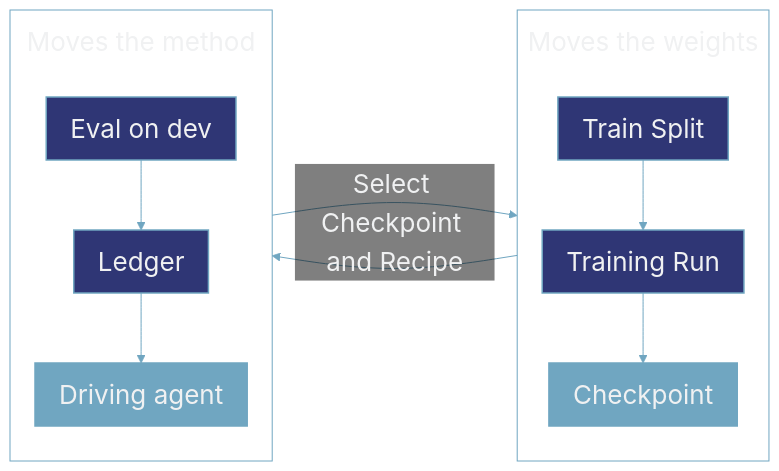
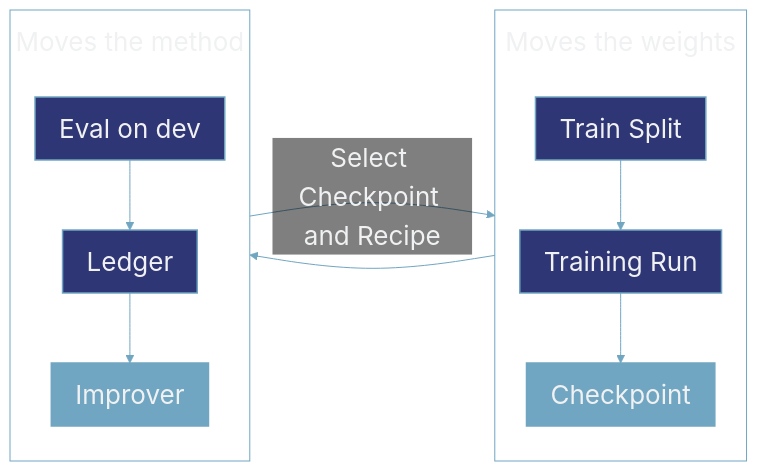
The first of 2 diagrams in concepts/improvement.mdx (Monte-Inc/internal-monte-platform-docs), drawn with Mermaid before and after one commit. The commit also changed other lines of this file and 8 other files, not shown here.

````diff
--- a/concepts/improvement.mdx
+++ b/concepts/improvement.mdx
@@ -11,18 +11,18 @@
 ```mermaid actions={false}
 %%{init: {'theme': 'base', 'themeVariables': {'primaryColor': '#315594', 'primaryTextColor': '#F0F1F2', 'primaryBorderColor': '#315594', 'lineColor': '#70A6C1', 'textColor': '#17181B', 'clusterBkg': 'transparent', 'clusterBorder': '#70A6C1', 'edgeLabelBackground': 'transparent', 'tertiaryColor': '#315594', 'tertiaryTextColor': '#F0F1F2', 'tertiaryBorderColor': '#315594', 'fontSize': '26px'}, 'flowchart': {'subGraphTitleMargin': {'top': 12, 'bottom': 40}, 'rankSpacing': 45, 'nodeSpacing': 30, 'padding': 12}}}%%
 flowchart LR
     subgraph INNER["Moves the weights"]
         direction TB
         TRAIN["Train Split"]:::entry --> RUN["Training Run"]:::score --> CKPT["Checkpoint"]:::model
     end
     subgraph OUTER["Moves the method"]
         direction TB
-        EVAL["Eval on dev"]:::score --> LEDGER["Ledger"]:::entry --> AGENT["Driving agent"]:::model
+        EVAL["Eval on dev"]:::score --> LEDGER["Ledger"]:::entry --> AGENT["Improver"]:::model
     end
     CKPT --> EVAL
     AGENT -->|"Select Checkpoint and Recipe"| RUN
 
     classDef entry fill:#2F3675,stroke:#70A6C1,stroke-width:1.5px,color:#F0F1F2;
     classDef model fill:#70A6C1,stroke:#70A6C1,stroke-width:1.5px,color:#F0F1F2;
     classDef score fill:#2F3675,stroke:#70A6C1,stroke-width:1.5px,color:#F0F1F2;
 ```
````
